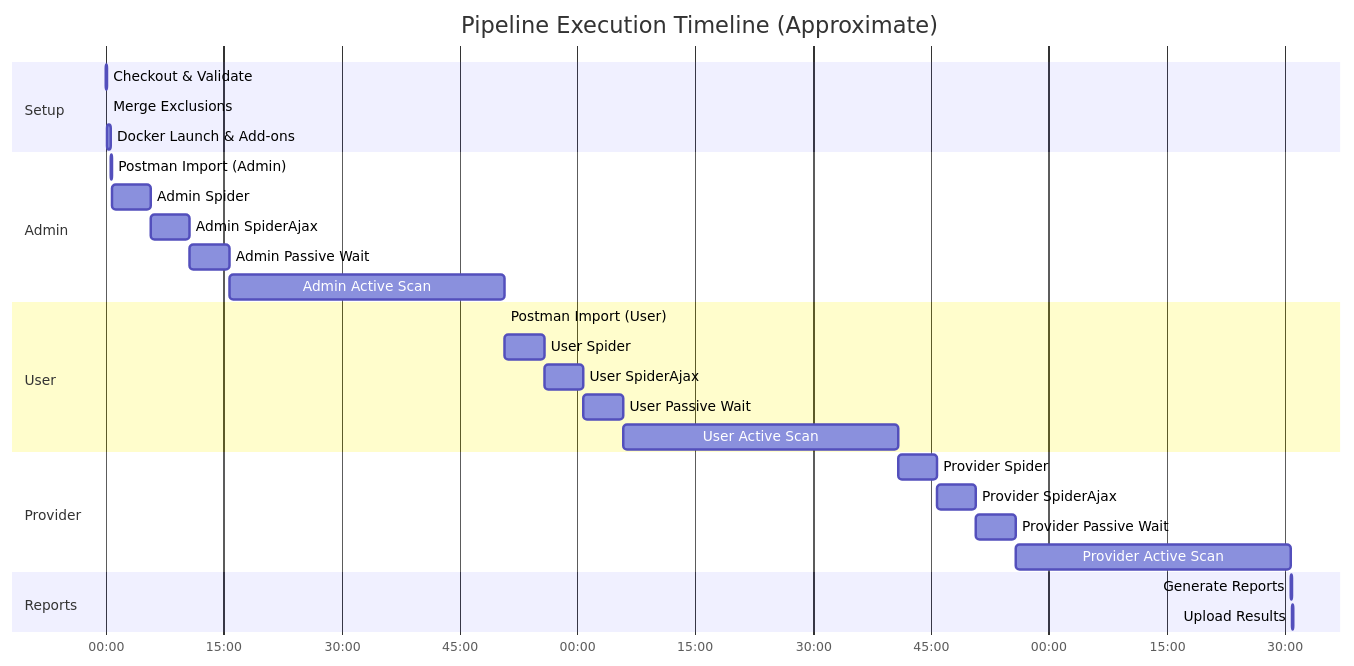
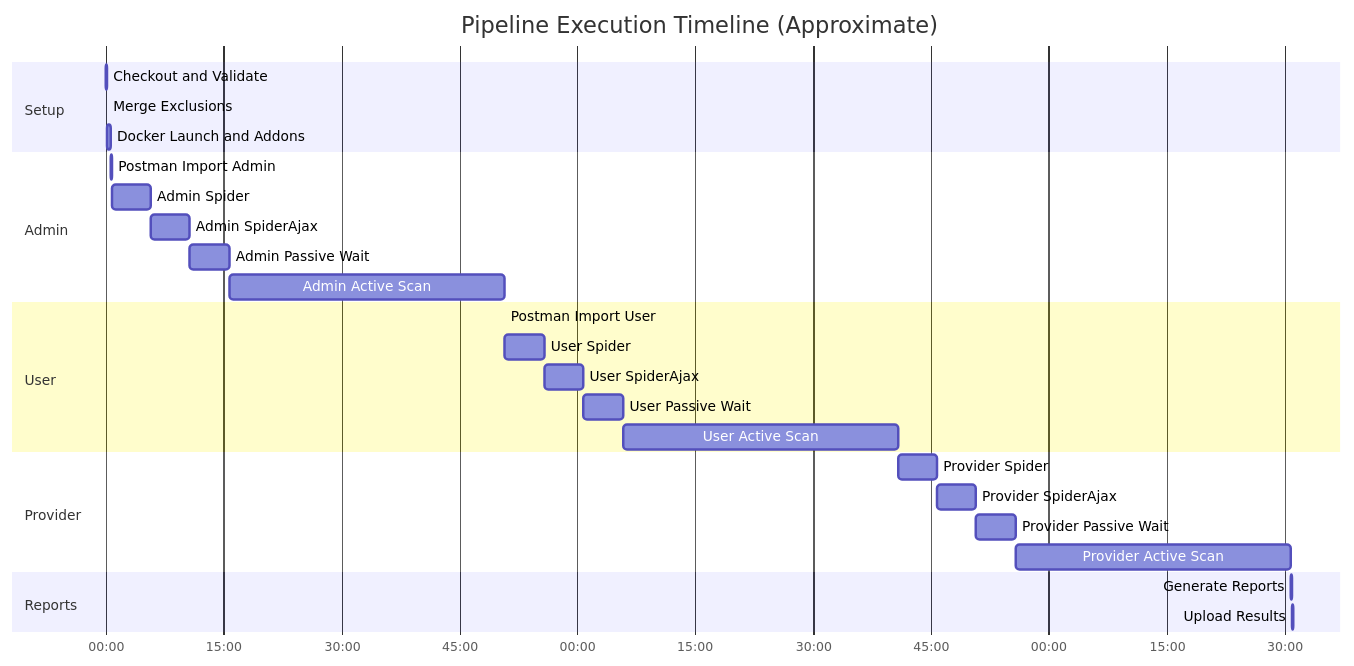
The third of 5 diagrams in docs/06-execution-flow.md (shubbbbyyyy/DASTSCANNER), drawn with Mermaid before and after one commit. The commit also changed other lines of this file and 6 other files, not shown here.

First line of the commit message:
Fix Mermaid rendering issues across all docs

````diff
--- a/docs/06-execution-flow.md
+++ b/docs/06-execution-flow.md
@@ -163,35 +148,35 @@
 ```mermaid
 gantt
     title Pipeline Execution Timeline (Approximate)
     dateFormat mm:ss
     axisFormat %M:%S
 
     section Setup
-    Checkout & Validate           :a1, 00:00, 5s
-    Merge Exclusions              :a2, after a1, 3s
-    Docker Launch & Add-ons       :a3, after a2, 30s
+    Checkout and Validate    :a1, 00:00, 5s
+    Merge Exclusions         :a2, after a1, 3s
+    Docker Launch and Addons :a3, after a2, 30s
 
     section Admin
-    Postman Import (Admin)        :b1, after a3, 5s
-    Admin Spider                  :b2, after b1, 5m
-    Admin SpiderAjax              :b3, after b2, 5m
-    Admin Passive Wait            :b4, after b3, 5m
-    Admin Active Scan             :b5, after b4, 35m
+    Postman Import Admin     :b1, after a3, 5s
+    Admin Spider             :b2, after b1, 5m
+    Admin SpiderAjax         :b3, after b2, 5m
+    Admin Passive Wait       :b4, after b3, 5m
+    Admin Active Scan        :b5, after b4, 35m
 
     section User
-    Postman Import (User)         :c1, after b5, 5s
-    User Spider                   :c2, after c1, 5m
-    User SpiderAjax               :c3, after c2, 5m
-    User Passive Wait             :c4, after c3, 5m
-    User Active Scan              :c5, after c4, 35m
+    Postman Import User      :c1, after b5, 5s
+    User Spider              :c2, after c1, 5m
+    User SpiderAjax          :c3, after c2, 5m
+    User Passive Wait        :c4, after c3, 5m
+    User Active Scan         :c5, after c4, 35m
 
     section Provider
-    Provider Spider               :d1, after c5, 5m
-    Provider SpiderAjax           :d2, after d1, 5m
-    Provider Passive Wait         :d3, after d2, 5m
-    Provider Active Scan          :d4, after d3, 35m
+    Provider Spider          :d1, after c5, 5m
+    Provider SpiderAjax      :d2, after d1, 5m
+    Provider Passive Wait    :d3, after d2, 5m
+    Provider Active Scan     :d4, after d3, 35m
 
     section Reports
-    Generate Reports              :e1, after d4, 10s
-    Upload Results                :e2, after e1, 10s
+    Generate Reports         :e1, after d4, 10s
+    Upload Results           :e2, after e1, 10s
 ```
````
